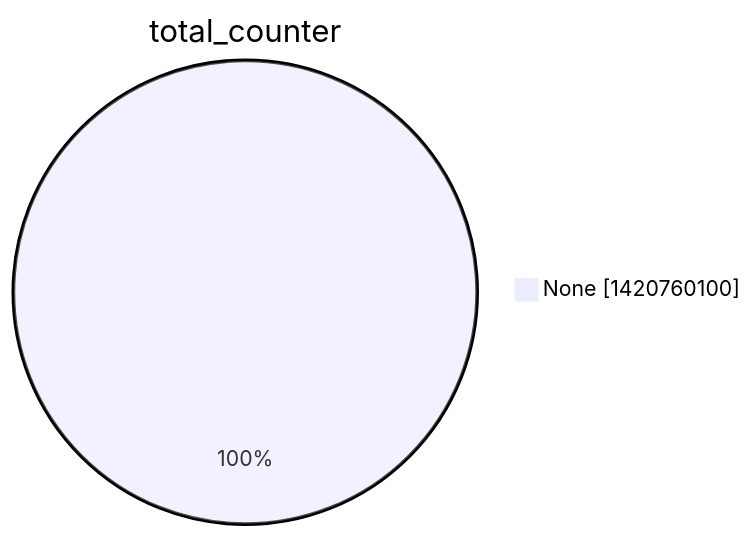
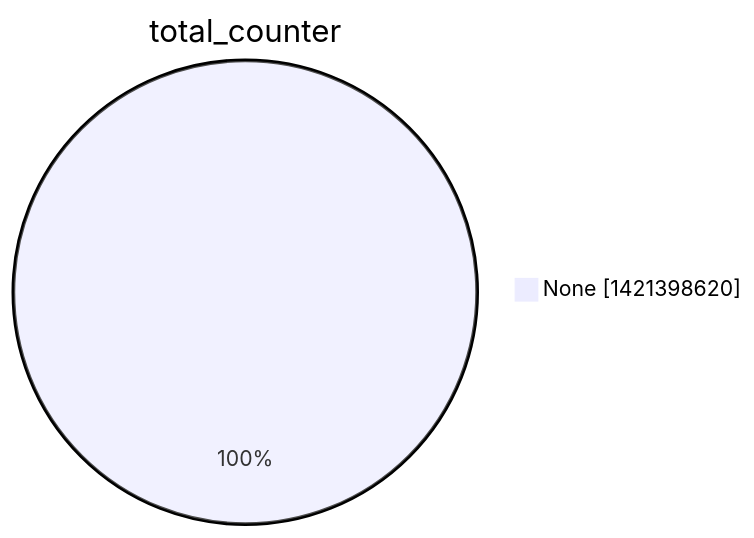
The second of 15 diagrams in argon2022/README.md (christiankrug/ctmonitor_visualization), drawn with Mermaid before and after one commit. The commit also changed other lines of this file, not shown here.

````diff
--- a/argon2022/README.md
+++ b/argon2022/README.md
@@ -9,5 +9,5 @@
 ```mermaid
 pie showData
 title total_counter
-"None" :1420760100
+"None" :1421398620
 ```
````
